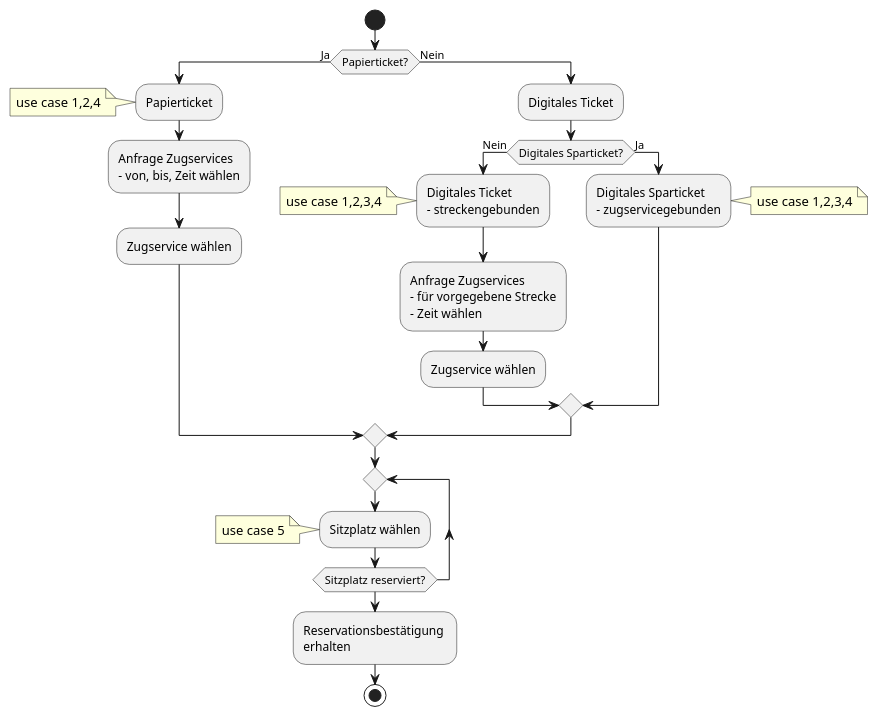
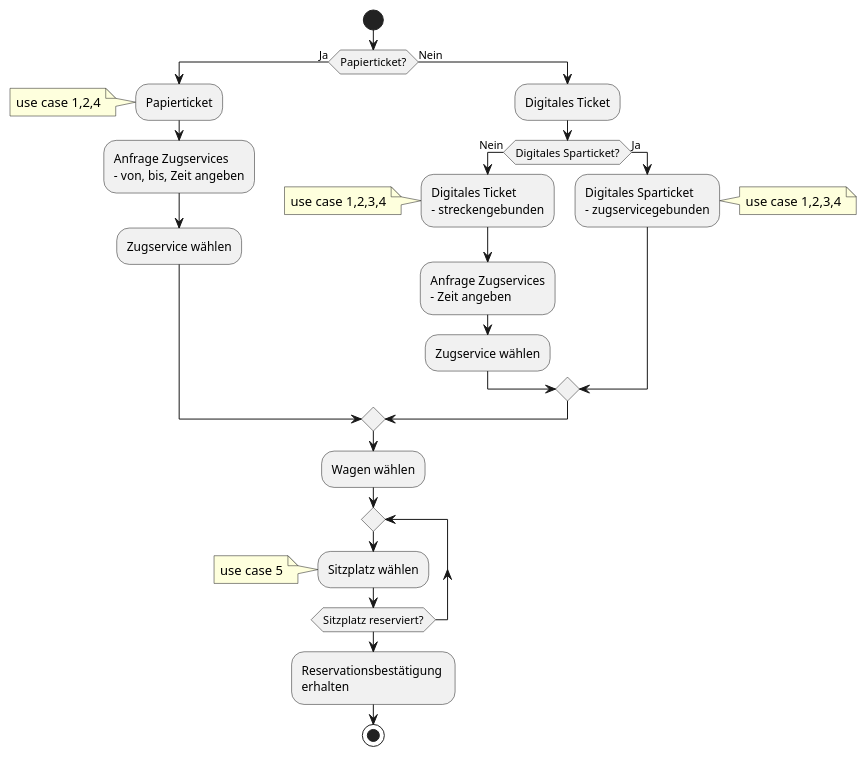
Before and after one commit to yaroth/bls: the diagram in Projekt1/3 use case GUIs/reservation.puml, drawn with PlantUML. The commit also changed 1 other file, not shown here.

```diff
--- a/Projekt1/3 use case GUIs/reservation.puml
+++ b/Projekt1/3 use case GUIs/reservation.puml
@@ -1,39 +1,39 @@
 @startuml
 start
 if (Papierticket?) then (Ja)
   :Papierticket;
   note left
     use case 1,2,4
   end note
   :Anfrage Zugservices
-  - von, bis, Zeit wählen;
+  - von, bis, Zeit angeben;
   :Zugservice wählen;
 else (Nein)
   :Digitales Ticket;
   if (Digitales Sparticket?) then (Nein)
      :Digitales Ticket
      - streckengebunden;
      note left
        use case 1,2,3,4
      end note
      :Anfrage Zugservices
-     - für vorgegebene Strecke
-     - Zeit wählen;
+     - Zeit angeben;
      :Zugservice wählen;
    else (Ja)
      :Digitales Sparticket
      - zugservicegebunden;
      note right
         use case 1,2,3,4
      end note
    endif
 endif
+   :Wagen wählen;
 repeat
     :Sitzplatz wählen;
     note left
         use case 5
     end note
 repeat while (Sitzplatz reserviert?)
 :Reservationsbestätigung \nerhalten;
 stop
 @enduml
```
